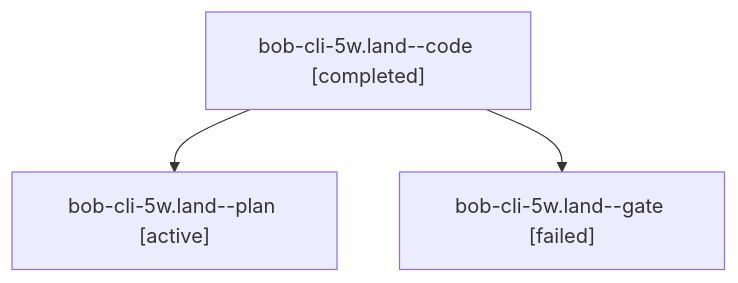
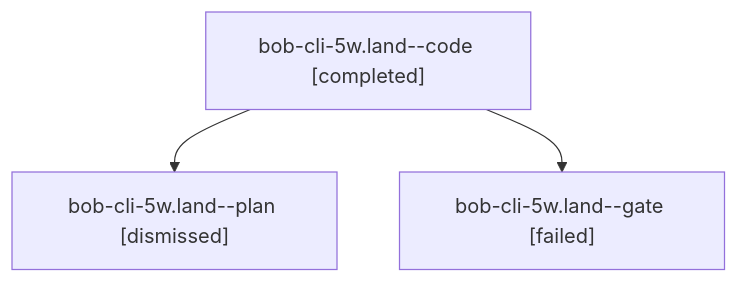
The diagram in sessions/bbugyi200.apollo.bob-cli-5w.land.md (bobs-org/bob-cli--agents), drawn with Mermaid before and after one commit. The commit also changed other lines of this file and 73 other files, not shown here.

````diff
--- a/sessions/bbugyi200.apollo.bob-cli-5w.land.md
+++ b/sessions/bbugyi200.apollo.bob-cli-5w.land.md
@@ -9,8 +9,8 @@
 ```mermaid
 flowchart TD
   n0["bob-cli-5w.land--code [completed]"]
-  n1["bob-cli-5w.land--plan [active]"]
+  n1["bob-cli-5w.land--plan [dismissed]"]
   n0 --> n1
   n2["bob-cli-5w.land--gate [failed]"]
   n0 --> n2
 ```
````
